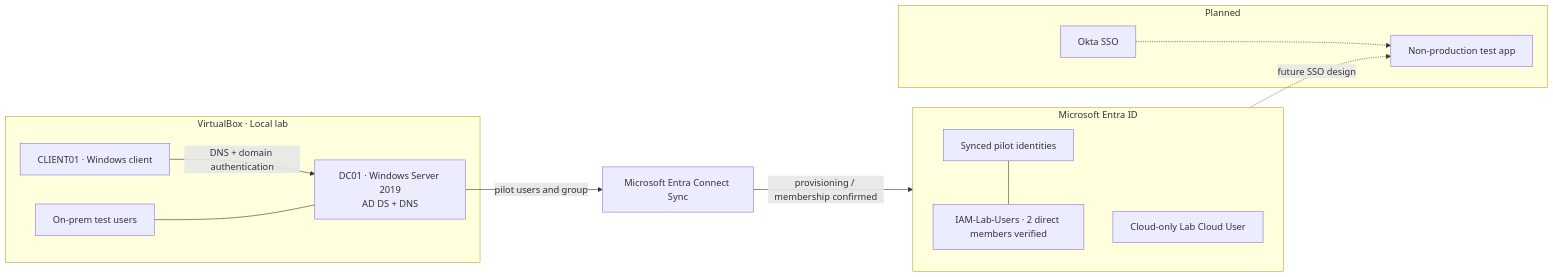
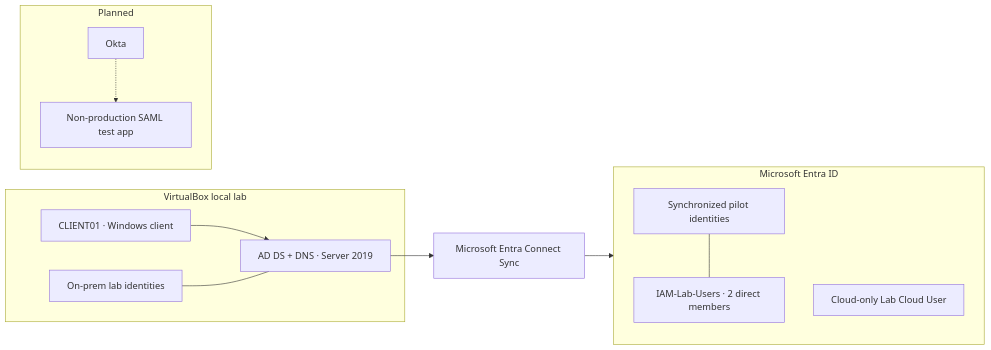
One commit to Samuelenyiaku/Hybrid-Identity-Lab changed the diagram in README.md. Above: the diagram before and after it, drawn with Mermaid. The commit also changed other lines of this file, not shown here.

Commit message:
Consolidate current lab README and progress status

````diff
--- a/README.md
+++ b/README.md
@@ -54,25 +32,23 @@
 ```mermaid
 flowchart LR
-  subgraph LAB["VirtualBox · Local lab"]
-    PC["CLIENT01 · Windows client"]
-    DC["DC01 · Windows Server 2019<br/>AD DS + DNS"]
-    USERS["On-prem test users"]
-    PC -->|"DNS + domain authentication"| DC
-    USERS --- DC
-  end
-  subgraph ENTRA["Microsoft Entra ID"]
-    CLOUD["Synced pilot identities"]
-    GROUP["IAM-Lab-Users · 2 direct members verified"]
-    CLOUD --- GROUP
-    CLOUDONLY["Cloud-only Lab Cloud User"]
+  subgraph LAB["VirtualBox local lab"]
+    CLIENT["CLIENT01 · Windows client"]
+    AD["AD DS + DNS · Server 2019"]
+    TESTUSERS["On-prem lab identities"]
+    CLIENT --> AD
+    TESTUSERS --- AD
   end
   SYNC["Microsoft Entra Connect Sync"]
-  DC -->|"pilot users and group"| SYNC
-  SYNC -->|"provisioning / membership confirmed"| ENTRA
-  subgraph LATER["Planned"]
-    OKTA["Okta SSO"]
-    APP["Non-production test app"]
+  subgraph CLOUD["Microsoft Entra ID"]
+    USERS["Synchronized pilot identities"]
+    GRP["IAM-Lab-Users · 2 direct members"]
+    ONLY["Cloud-only Lab Cloud User"]
+    USERS --- GRP
+  end
+  AD --> SYNC --> CLOUD
+  subgraph FUTURE["Planned"]
+    OKTA["Okta"]
+    APP["Non-production SAML test app"]
     OKTA -.-> APP
   end
-  ENTRA -. "future SSO design" .-> APP
 ```
````
